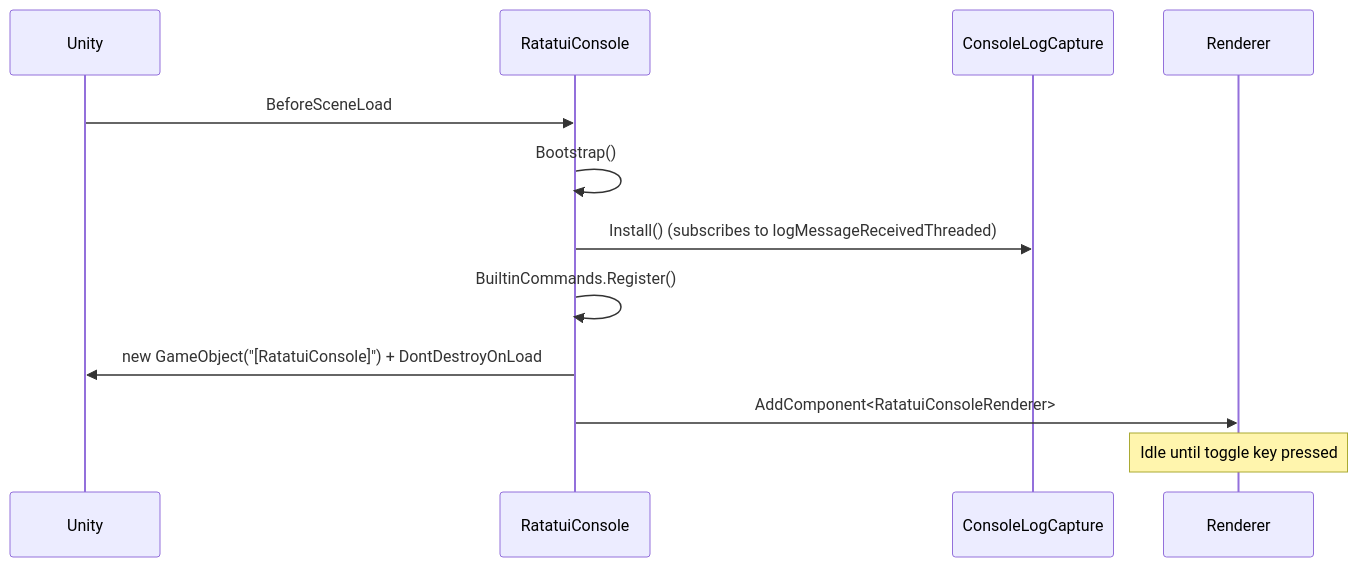
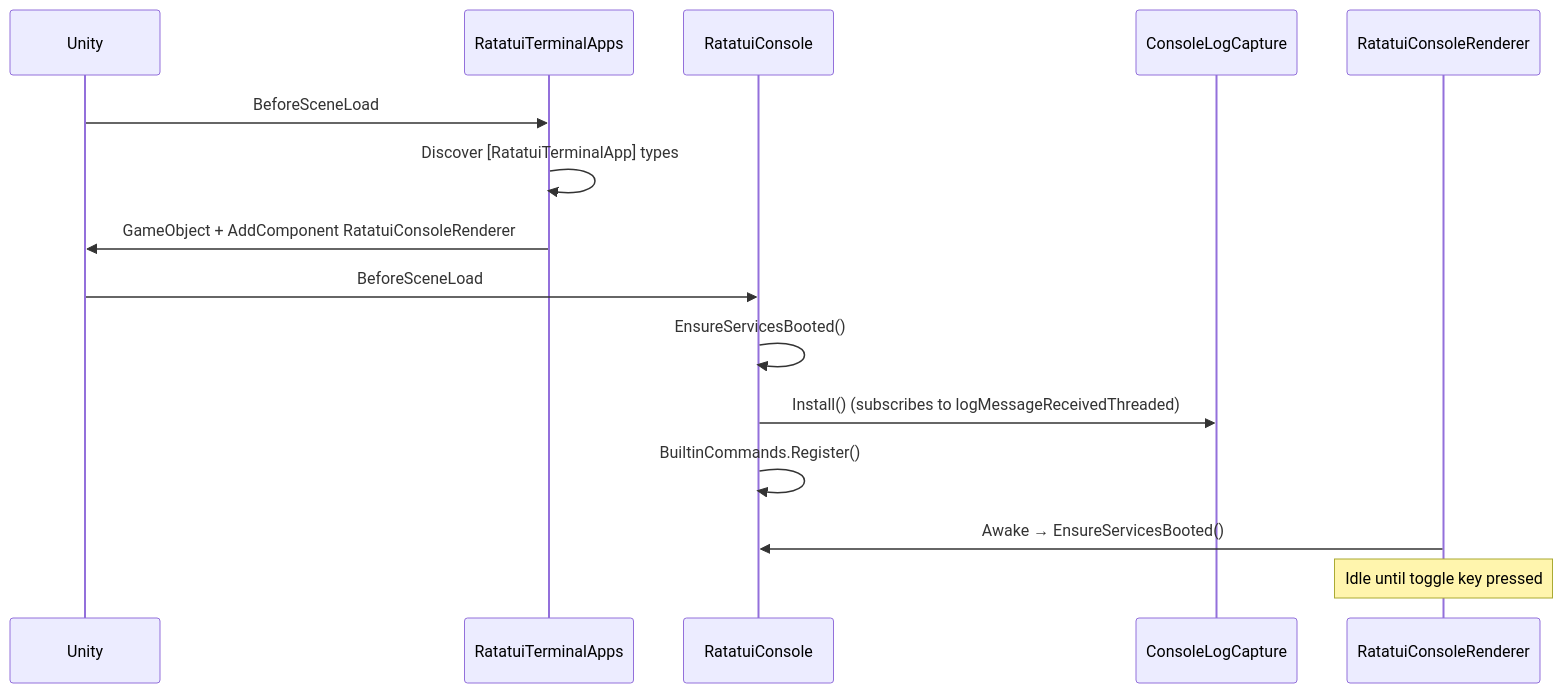
Before and after one commit to farukcan/ratatui-unity: the diagram in docs/articles/samples-console.md, drawn with Mermaid. The commit also changed other lines of this file and 4 other files, not shown here.

First line of the commit message:
feat: update documentation for RatatuiTerminalApps and related components

````diff
--- a/docs/articles/samples-console.md
+++ b/docs/articles/samples-console.md
@@ -17,15 +19,18 @@
 ```mermaid
 sequenceDiagram
     participant U as Unity
+    participant TA as RatatuiTerminalApps
     participant RC as RatatuiConsole
     participant LC as ConsoleLogCapture
-    participant R as Renderer
+    participant R as RatatuiConsoleRenderer
 
+    U->>TA: BeforeSceneLoad
+    TA->>TA: Discover [RatatuiTerminalApp] types
+    TA->>U: GameObject + AddComponent RatatuiConsoleRenderer
     U->>RC: BeforeSceneLoad
-    RC->>RC: Bootstrap()
+    RC->>RC: EnsureServicesBooted()
     RC->>LC: Install() (subscribes to logMessageReceivedThreaded)
     RC->>RC: BuiltinCommands.Register()
-    RC->>U: new GameObject("[RatatuiConsole]") + DontDestroyOnLoad
-    RC->>R: AddComponent<RatatuiConsoleRenderer>
+    R->>RC: Awake → EnsureServicesBooted()
     Note over R: Idle until toggle key pressed
 ```
````
